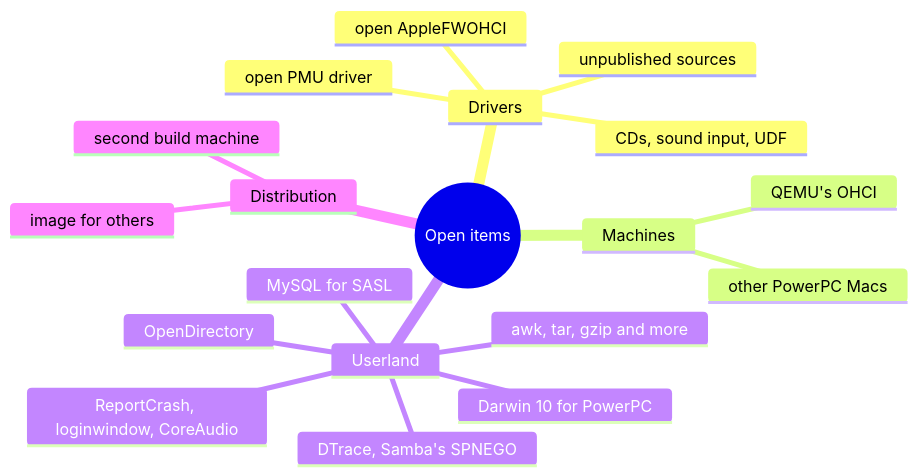
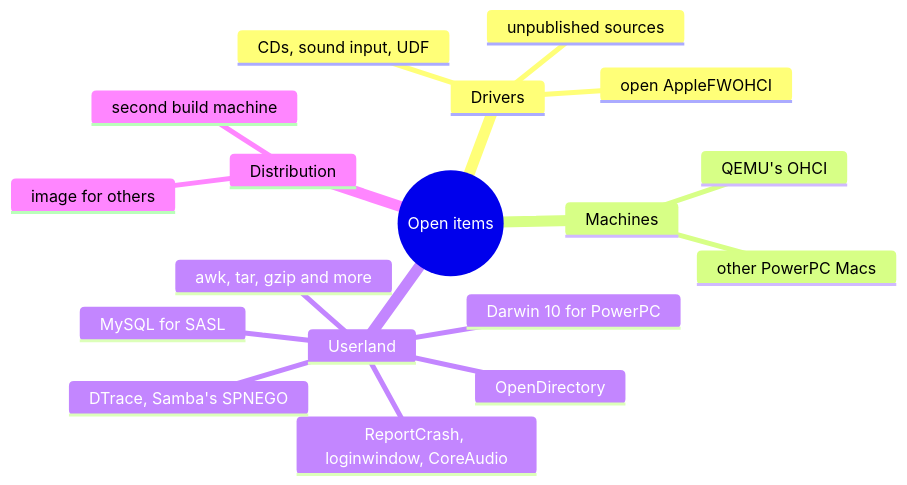
The diagram in docs/src/steps/whats-next.md (nyg/PowerDarwin), drawn with Mermaid before and after one commit. The commit also changed other lines of this file and 28 other files, not shown here.

Commit message:
feat: add OpenPMU, an open stand-in for ApplePMU's clock, restart and power-off (#13)

````diff
--- a/docs/src/steps/whats-next.md
+++ b/docs/src/steps/whats-next.md
@@ -98,22 +92,21 @@
 ```mermaid
 mindmap
   root((Open items))
     Drivers
-      open PMU driver
       open AppleFWOHCI
       CDs, sound input, UDF
       unpublished sources
     Machines
       other PowerPC Macs
       QEMU's OHCI
     Userland
       OpenDirectory
       ReportCrash, loginwindow, CoreAudio
       MySQL for SASL
       awk, tar, gzip and more
       DTrace, Samba's SPNEGO
       Darwin 10 for PowerPC
     Distribution
       image for others
       second build machine
 ```
````
